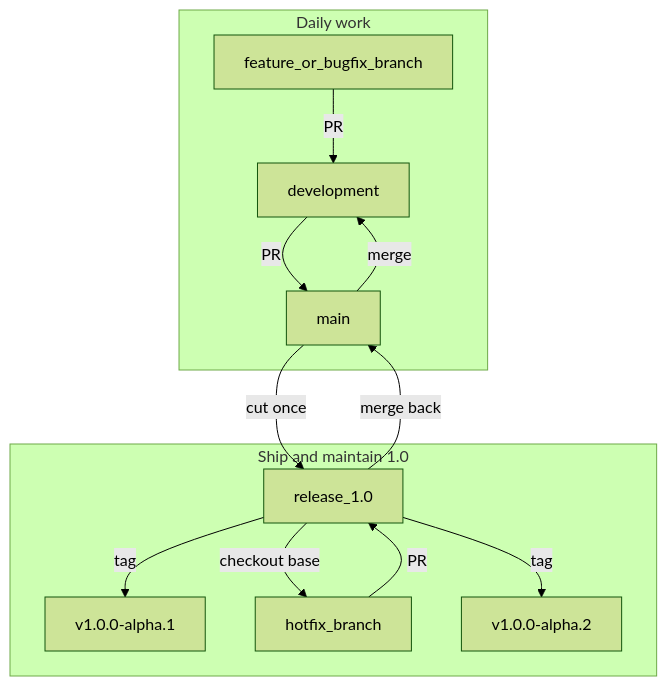
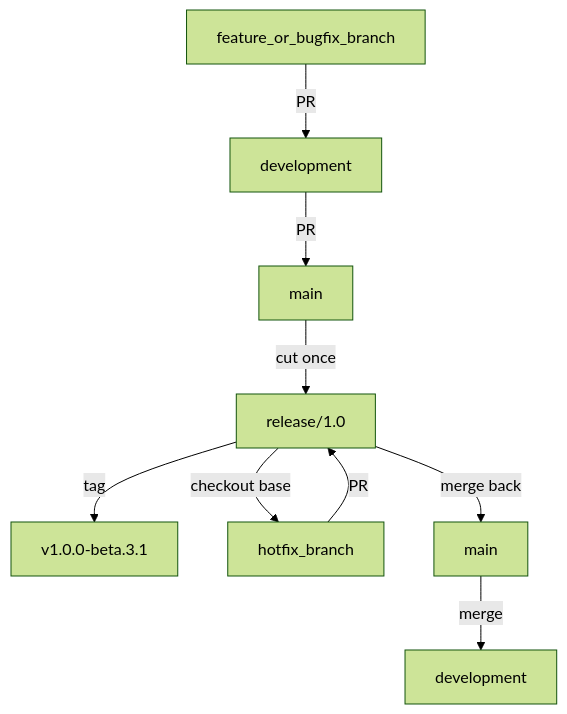
Before and after one commit to ahmedSamir50/AdamSystems.ZVec.NET: the second of 2 diagrams in CONTRIBUTING.md, drawn with Mermaid (forest theme). The commit also changed other lines of this file and 2 other files, not shown here.

Commit message:
Strip UTF-8 BOM from LICENSE and fix CONTRIBUTING Mermaid for GitHub.
GitHub license detection fails on EF BB BF; remove Topology self-loop and cross-subgraph node reuse.

````diff
--- a/CONTRIBUTING.md
+++ b/CONTRIBUTING.md
@@ -93,19 +94,20 @@
 ```mermaid
 flowchart TB
-  subgraph daily [Daily work]
-    feat[feature_or_bugfix_branch]
-    devel[development]
-    feat -->|"PR"| devel
-    devel -->|"PR"| mainBr[main]
-  end
-  subgraph ship [Ship and maintain 1.0]
-    mainBr -->|"cut once"| rel10[release_1.0]
-    rel10 -->|"tag"| t1[v1.0.0-alpha.1]
-    hf[hotfix_branch]
-    rel10 -->|"checkout base"| hf
-    hf -->|"PR"| rel10
-    rel10 -->|"tag"| t2[v1.0.0-alpha.2]
-    rel10 -->|"merge back"| mainBr
-    mainBr -->|"merge"| devel
-  end
+  feat[feature_or_bugfix_branch]
+  devel[development]
+  mainDaily[main]
+  rel10["release/1.0"]
+  t1["v1.0.0-beta.3.1"]
+  hf[hotfix_branch]
+  mainShip[main]
+  develShip[development]
+
+  feat -->|"PR"| devel
+  devel -->|"PR"| mainDaily
+  mainDaily -->|"cut once"| rel10
+  rel10 -->|"tag"| t1
+  rel10 -->|"checkout base"| hf
+  hf -->|"PR"| rel10
+  rel10 -->|"merge back"| mainShip
+  mainShip -->|"merge"| develShip
 ```
````
